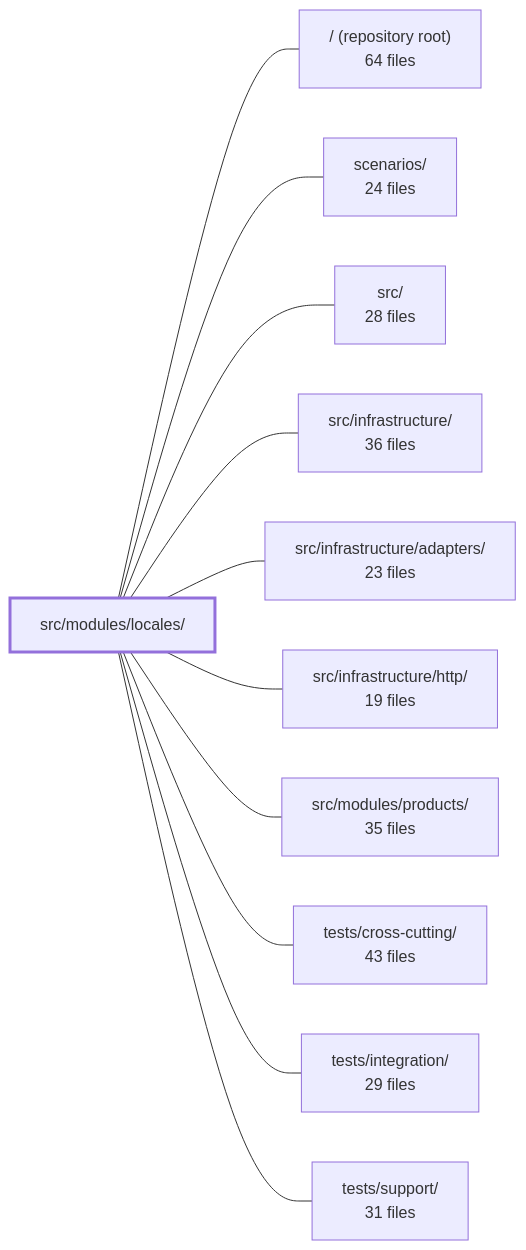
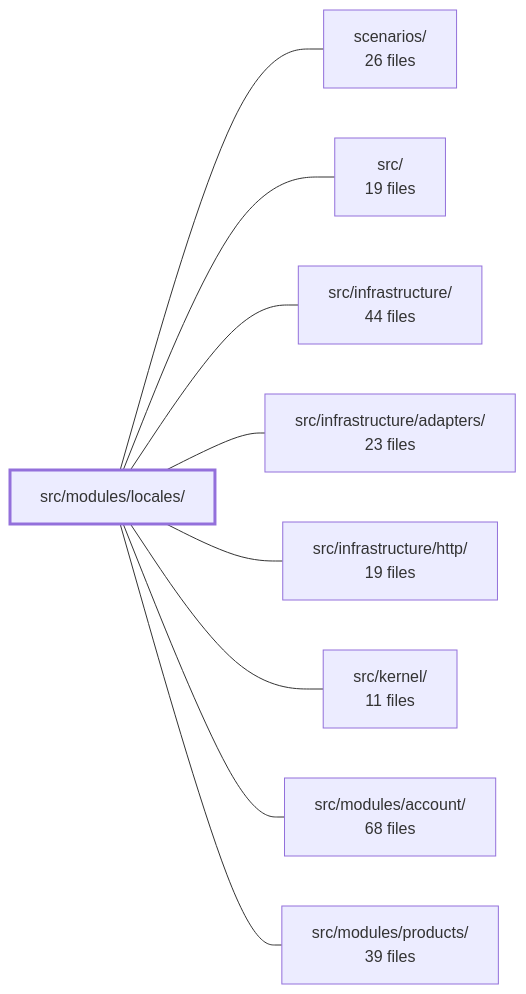
One commit to Guebbit/boilerplate-node-backend changed the diagram in .2brain/modules/boilerplate-node-backend_src_modules_locales.md. Above: the diagram before and after it, drawn with Mermaid. The commit also changed other lines of this file and 137 other files, not shown here.

````diff
--- a/.2brain/modules/boilerplate-node-backend_src_modules_locales.md
+++ b/.2brain/modules/boilerplate-node-backend_src_modules_locales.md
@@ -43,25 +38,21 @@
 ```mermaid
 flowchart LR
     m_src_modules_locales["src/modules/locales/"]
-    m_root["/ (repository root)<br/>64 files"]
-    m_scenarios["scenarios/<br/>24 files"]
-    m_src["src/<br/>28 files"]
-    m_src_infrastructure["src/infrastructure/<br/>36 files"]
+    m_scenarios["scenarios/<br/>26 files"]
+    m_src["src/<br/>19 files"]
+    m_src_infrastructure["src/infrastructure/<br/>44 files"]
     m_src_infrastructure_adapters["src/infrastructure/adapters/<br/>23 files"]
     m_src_infrastructure_http["src/infrastructure/http/<br/>19 files"]
-    m_src_modules_products["src/modules/products/<br/>35 files"]
-    m_tests_cross_cutting["tests/cross-cutting/<br/>43 files"]
-    m_tests_integration["tests/integration/<br/>29 files"]
-    m_tests_support["tests/support/<br/>31 files"]
-    m_src_modules_locales --- m_root
+    m_src_kernel["src/kernel/<br/>11 files"]
+    m_src_modules_account["src/modules/account/<br/>68 files"]
+    m_src_modules_products["src/modules/products/<br/>39 files"]
     m_src_modules_locales --- m_scenarios
     m_src_modules_locales --- m_src
     m_src_modules_locales --- m_src_infrastructure
     m_src_modules_locales --- m_src_infrastructure_adapters
     m_src_modules_locales --- m_src_infrastructure_http
+    m_src_modules_locales --- m_src_kernel
+    m_src_modules_locales --- m_src_modules_account
     m_src_modules_locales --- m_src_modules_products
-    m_src_modules_locales --- m_tests_cross_cutting
-    m_src_modules_locales --- m_tests_integration
-    m_src_modules_locales --- m_tests_support
     style m_src_modules_locales stroke-width:3px
 ```
````
